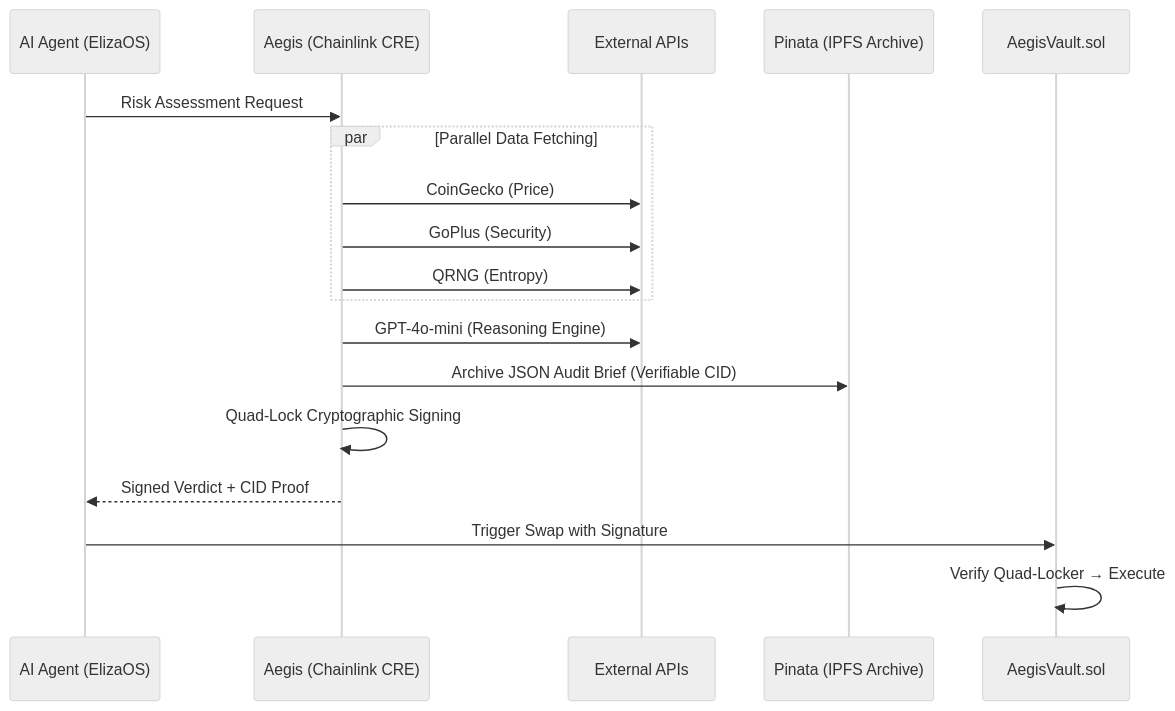
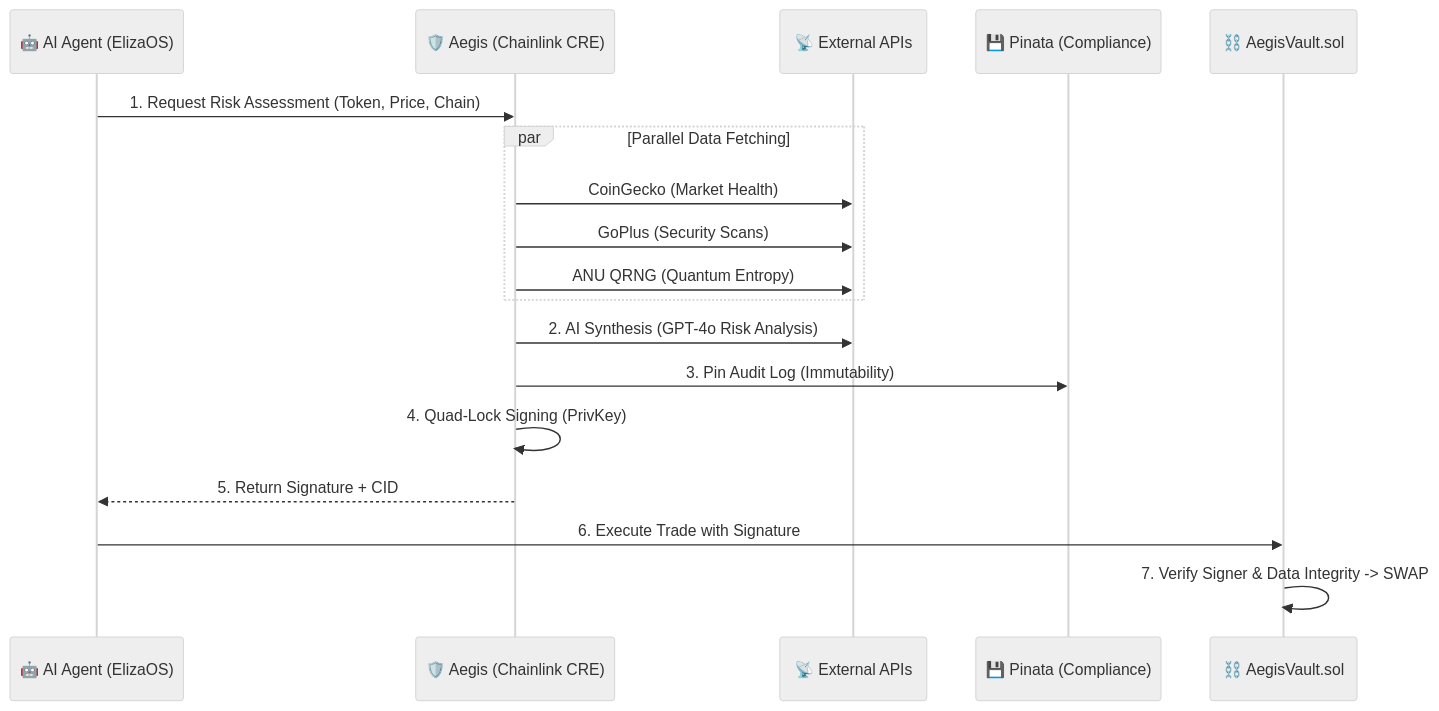
One commit to vjb/aegis-risk-oracle changed the diagram in README.md. Above: the diagram before and after it, drawn with Mermaid (neutral theme). The commit also changed other lines of this file and 8 other files, not shown here.

````diff
--- a/README.md
+++ b/README.md
@@ -35,23 +52,24 @@
 ```mermaid
 sequenceDiagram
-    participant Agent as AI Agent (ElizaOS)
-    participant CRE as Aegis (Chainlink CRE)
-    participant APIs as External APIs
-    participant IPFS as Pinata (IPFS Archive)
-    participant Vault as AegisVault.sol
+    participant Agent as 🤖 AI Agent (ElizaOS)
+    participant CRE as 🛡️ Aegis (Chainlink CRE)
+    participant APIs as 📡 External APIs
+    participant IPFS as 💾 Pinata (Compliance)
+    participant Vault as ⛓️ AegisVault.sol
 
-    Agent->>CRE: Risk Assessment Request
+    Agent->>CRE: 1. Request Risk Assessment (Token, Price, Chain)
     
     par Parallel Data Fetching
-        CRE->>APIs: CoinGecko (Price)
-        CRE->>APIs: GoPlus (Security)
-        CRE->>APIs: QRNG (Entropy)
+        CRE->>APIs: CoinGecko (Market Health)
+        CRE->>APIs: GoPlus (Security Scans)
+        CRE->>APIs: ANU QRNG (Quantum Entropy)
     end
     
-    CRE->>APIs: GPT-4o-mini (Reasoning Engine)
-    CRE->>IPFS: Archive JSON Audit Brief (Verifiable CID)
-    CRE->>CRE: Quad-Lock Cryptographic Signing
-    CRE-->>Agent: Signed Verdict + CID Proof
-    Agent->>Vault: Trigger Swap with Signature
-    Vault->>Vault: Verify Quad-Locker → Execute
+    CRE->>APIs: 2. AI Synthesis (GPT-4o Risk Analysis)
+    CRE->>IPFS: 3. Pin Audit Log (Immutability)
+    CRE->>CRE: 4. Quad-Lock Signing (PrivKey)
+    CRE-->>Agent: 5. Return Signature + CID
+    
+    Agent->>Vault: 6. Execute Trade with Signature
+    Vault->>Vault: 7. Verify Signer & Data Integrity -> SWAP
 ```
````
